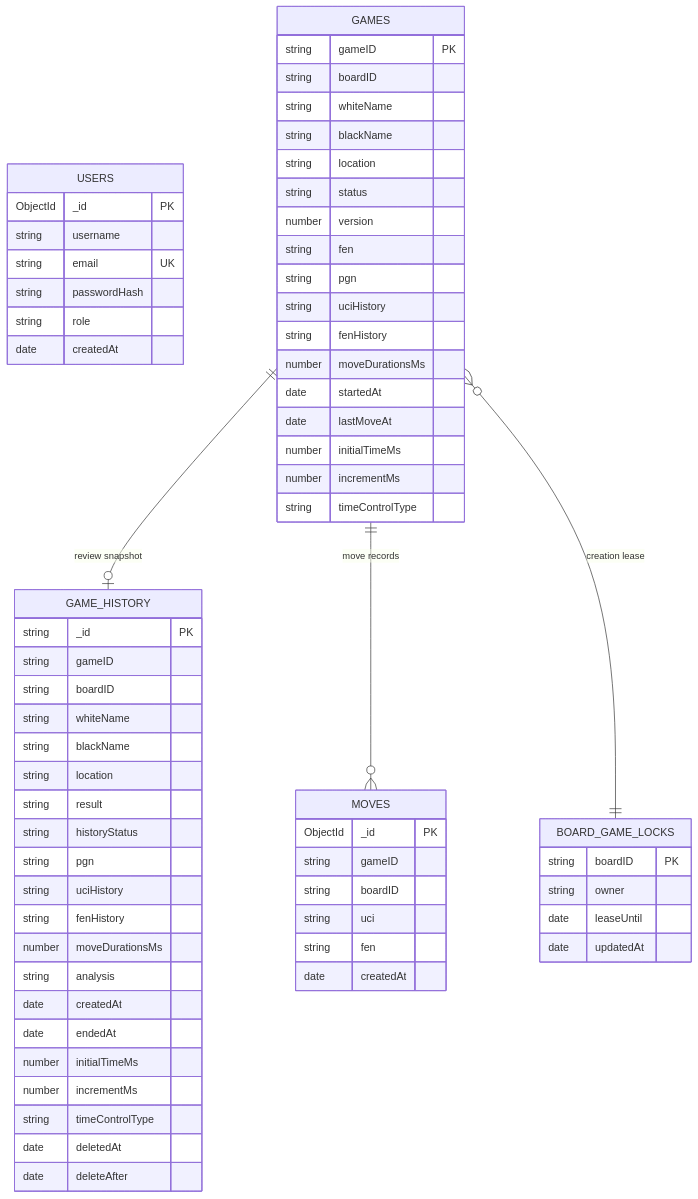
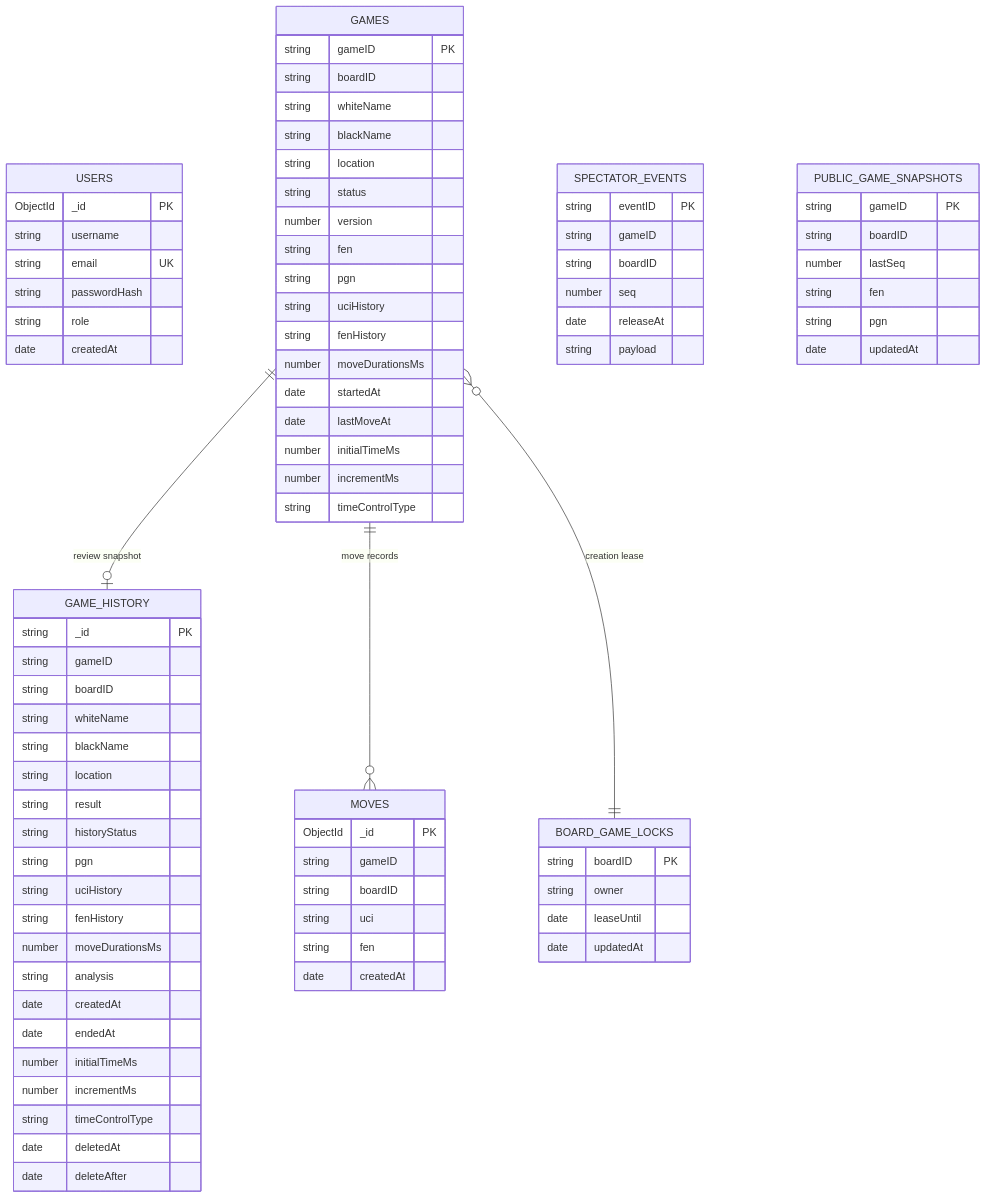
Before and after one commit to phong571737/BEChessWeb: the diagram in docs/05-database.md, drawn with Mermaid. The commit also changed other lines of this file and 9 other files, not shown here.

```diff
--- a/docs/05-database.md
+++ b/docs/05-database.md
@@ -88,6 +88,24 @@
         date updatedAt
     }
 
+    SPECTATOR_EVENTS {
+        string eventID PK
+        string gameID
+        string boardID
+        number seq
+        date releaseAt
+        string payload
+    }
+
+    PUBLIC_GAME_SNAPSHOTS {
+        string gameID PK
+        string boardID
+        number lastSeq
+        string fen
+        string pgn
+        date updatedAt
+    }
+
     MOVES {
         ObjectId _id PK
         string gameID
```
